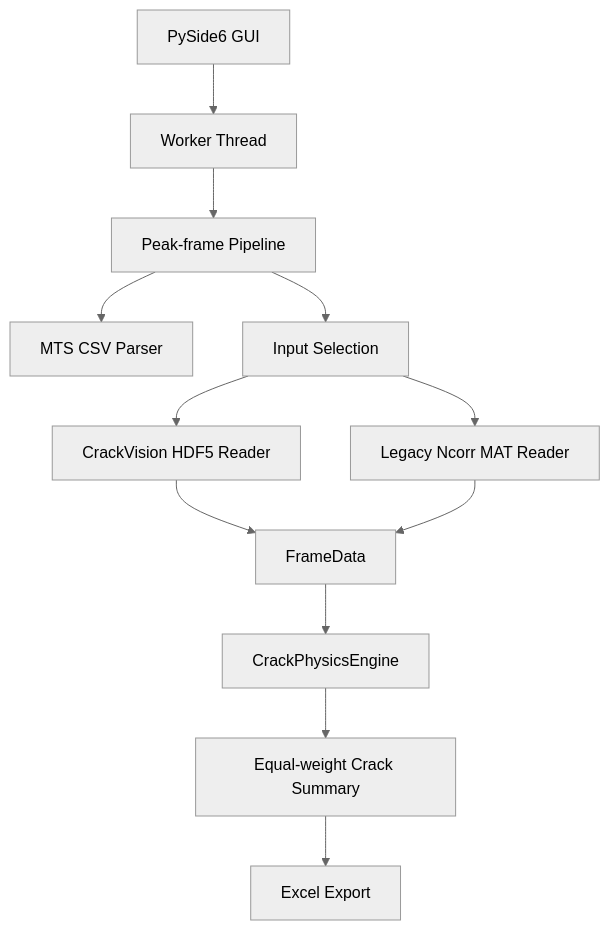
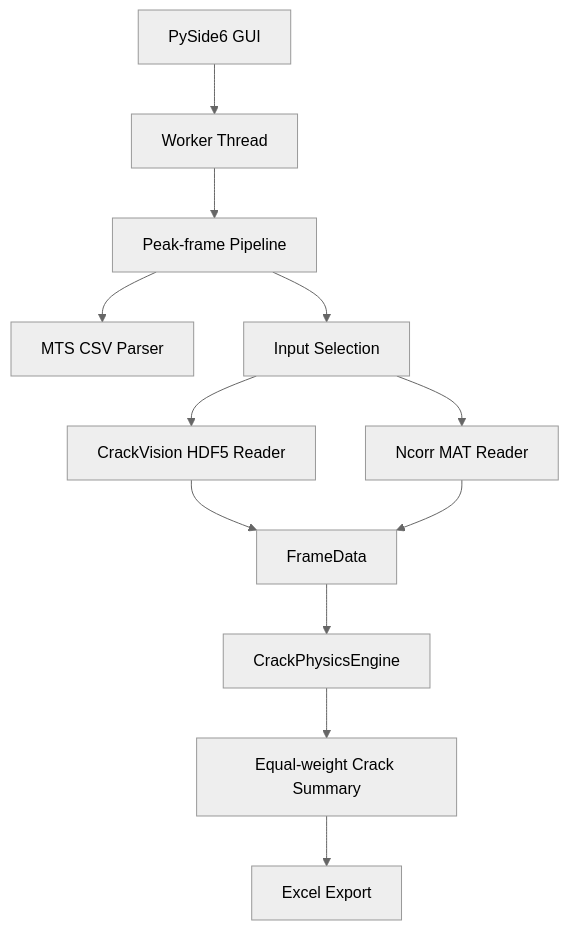
Before and after one commit to liqinglq666/CrackVision-DIC: the sixth of 6 diagrams in README.md, drawn with Mermaid (neutral theme). The commit also changed other lines of this file, not shown here.

````diff
--- a/README.md
+++ b/README.md
@@ -705,18 +716,18 @@
 ```mermaid
 flowchart TD
     GUI[PySide6 GUI] --> Worker[Worker Thread]
     Worker --> Pipeline[Peak-frame Pipeline]
 
     Pipeline --> MTS[MTS CSV Parser]
     Pipeline --> Input[Input Selection]
 
     Input --> H5[CrackVision HDF5 Reader]
-    Input --> MAT[Legacy Ncorr MAT Reader]
+    Input --> MAT[Ncorr MAT Reader]
 
     H5 --> Frame[FrameData]
     MAT --> Frame
 
     Frame --> Physics[CrackPhysicsEngine]
     Physics --> Summary[Equal-weight Crack Summary]
     Summary --> Export[Excel Export]
 ```
````
